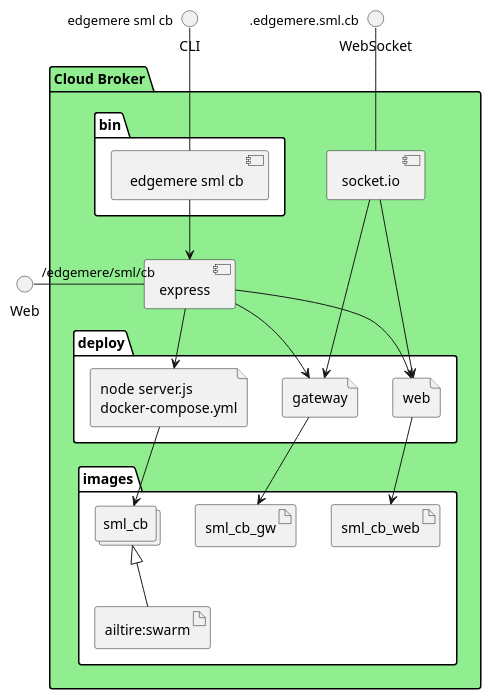
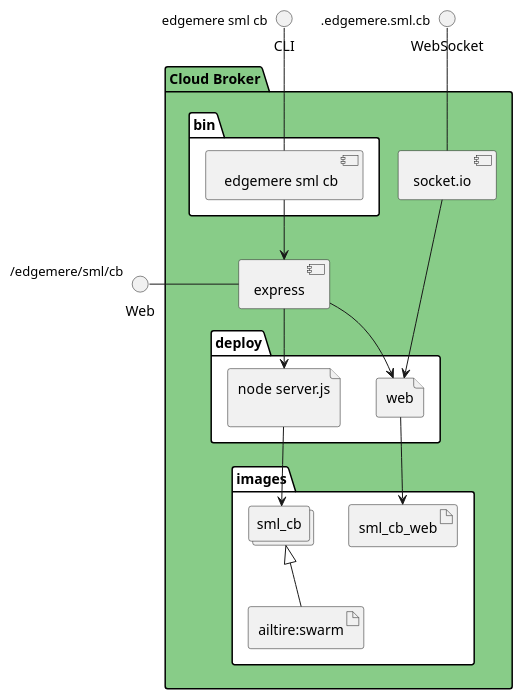
The diagram in docs/edgemere/sml/cb/envs/prod/physical.puml (madajaju/edgemere), drawn with PlantUML before and after one commit. The commit also changed 1749 other files, not shown here.

```diff
--- a/docs/edgemere/sml/cb/envs/prod/physical.puml
+++ b/docs/edgemere/sml/cb/envs/prod/physical.puml
@@ -1,46 +1,39 @@
 @startuml
   interface CLI
   interface Web
   interface WebSocket
-package "Cloud Broker" #lightgreen {
+package "Cloud Broker" #88cc88 {
   component express as REST
   component socket.io as socket
   folder bin #ffffff {
     component " edgemere sml cb" as binName
   }
   binName --> REST
 
   folder deploy #ffffff {
-      file "node server.js\ndocker-compose.yml" as sml_cb_container
+      file "node server.js\n" as sml_cb_container
       REST --> sml_cb_container
 
   
     file "web" as web_container
     REST --> web_container
     socket ---> web_container
-  
-    file "gateway" as gateway_container
-    REST --> gateway_container
-    socket ---> gateway_container
   
   }
   folder images #ffffff {
     collections "sml_cb" as sml_cbimage
     artifact "ailtire:swarm" as ailtireswarm
     sml_cbimage <|-- ailtireswarm
     sml_cb_container --> sml_cbimage
 
   
       artifact "sml_cb_web" as sml_cb_web
       web_container --> sml_cb_web
     
-      artifact "sml_cb_gw" as sml_cb_gw
-      gateway_container --> sml_cb_gw
-    
   }
 }
 CLI " edgemere sml cb" -- binName
 Web "/edgemere/sml/cb" - REST
 WebSocket ".edgemere.sml.cb" -- socket
 
 @enduml
```
